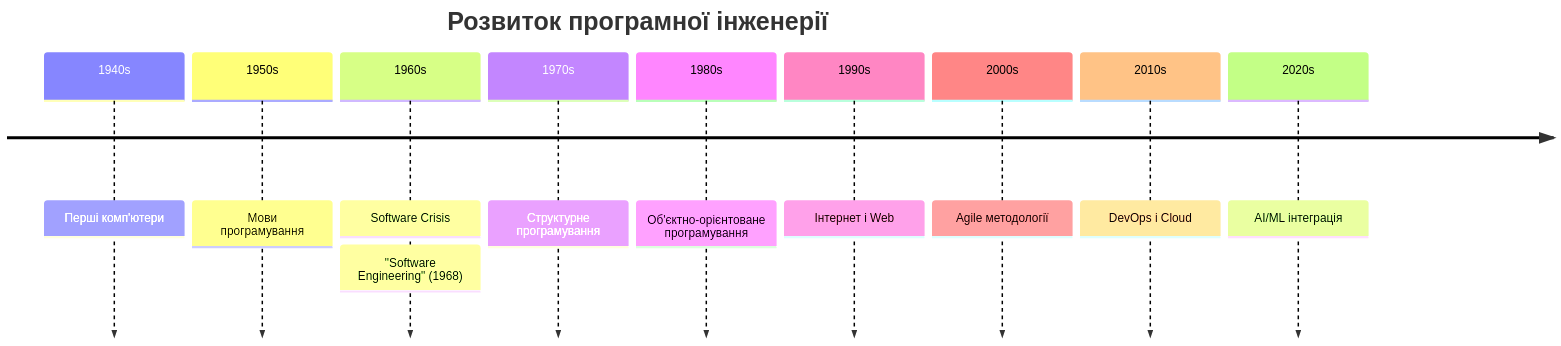
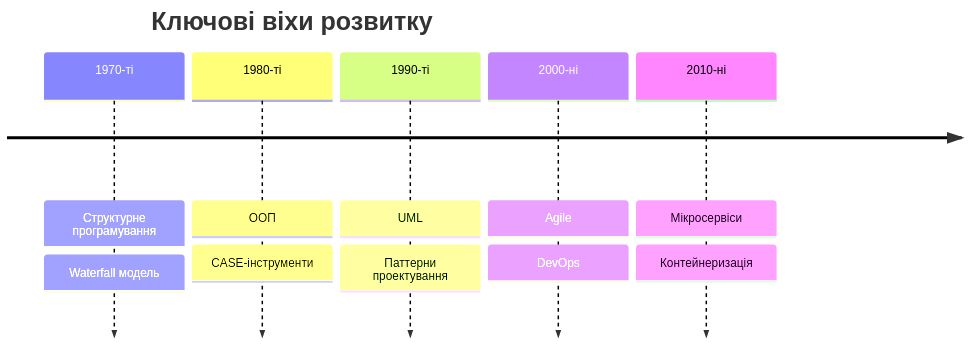
The first of 7 diagrams in docs/presentations/presentation-01.md (olroi421/course-opi), drawn with Mermaid before and after one commit. The commit also changed other lines of this file and 4 other files, not shown here.

````diff
--- a/docs/presentations/presentation-01.md
+++ b/docs/presentations/presentation-01.md
@@ -20,14 +54,19 @@
 ```mermaid
 timeline
-    title Розвиток програмної інженерії
-    1940s : Перші комп'ютери
-    1950s : Мови програмування
-    1960s : Software Crisis
-          : "Software Engineering" (1968)
-    1970s : Структурне програмування
-    1980s : Об'єктно-орієнтоване програмування
-    1990s : Інтернет і Web
-    2000s : Agile методології
-    2010s : DevOps і Cloud
-    2020s : AI/ML інтеграція
+    title Ключові віхи розвитку
+
+    1970-ті : Структурне програмування
+             : Waterfall модель
+
+    1980-ті : ООП
+             : CASE-інструменти
+
+    1990-ті : UML
+             : Паттерни проектування
+
+    2000-ні : Agile
+             : DevOps
+
+    2010-ні : Мікросервіси
+             : Контейнеризація
 ```
````
